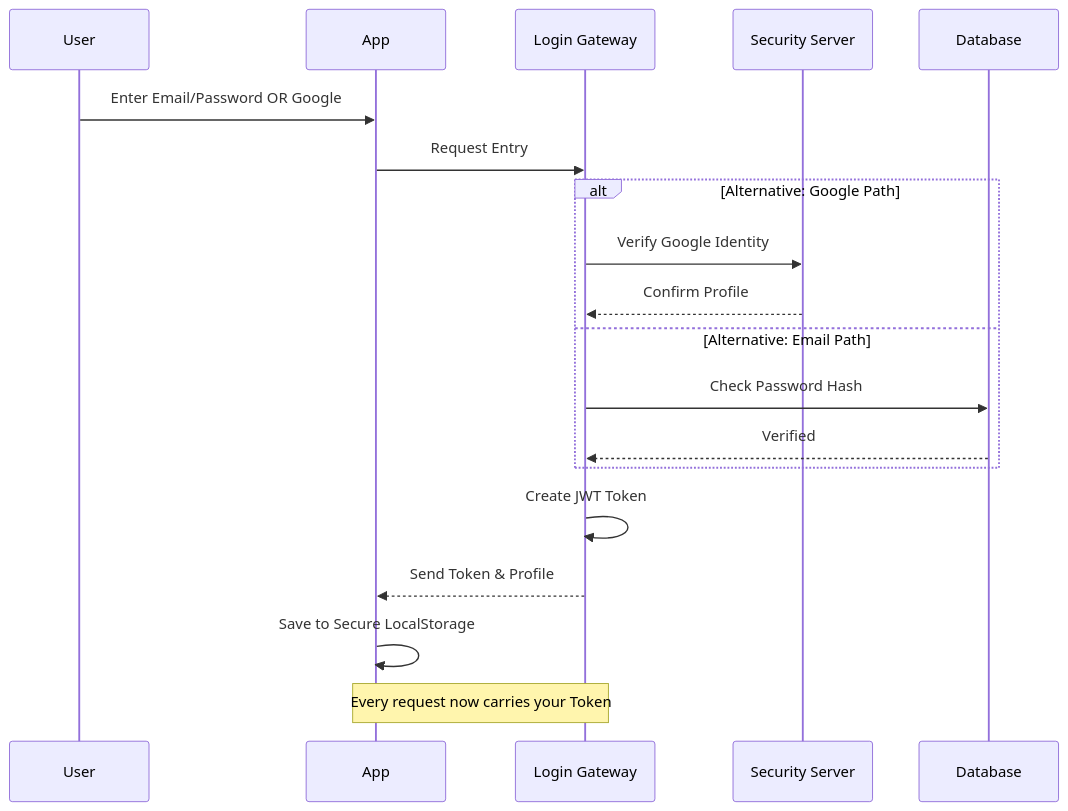
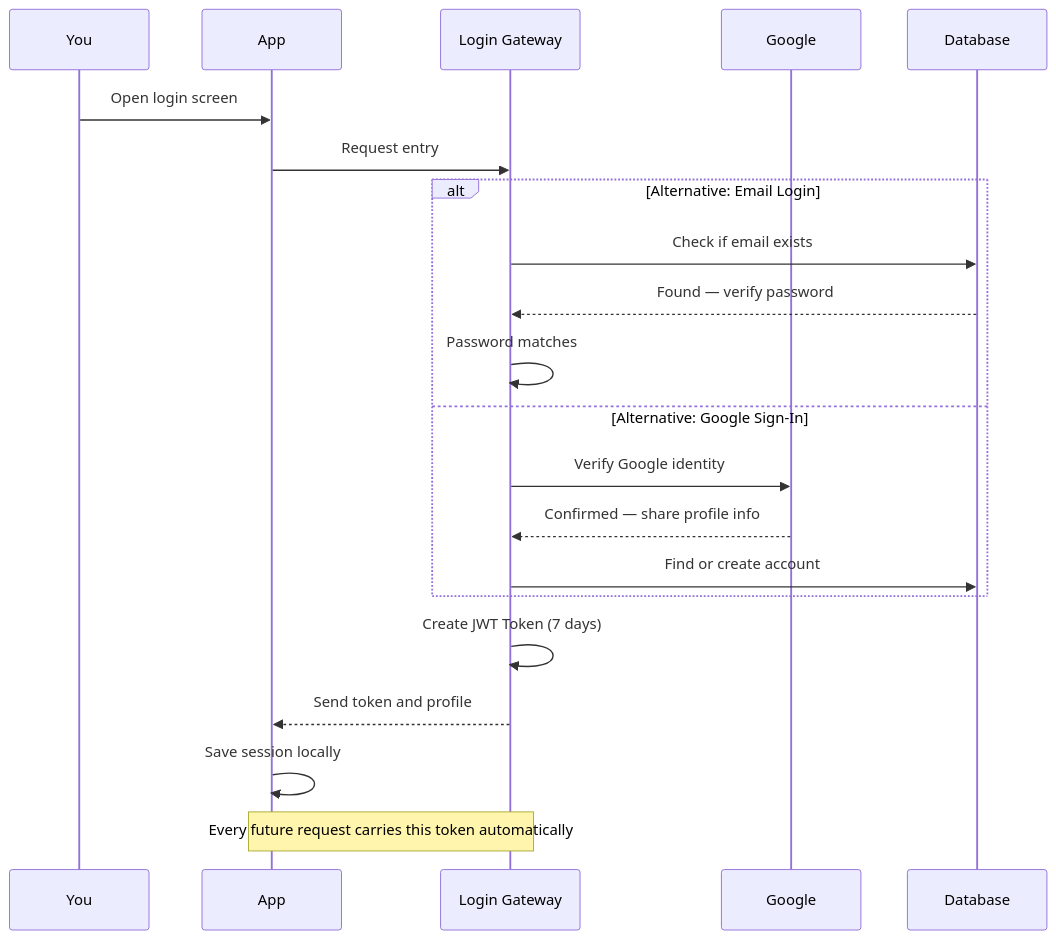
Before and after one commit to Akash-Veerla/Demographic: the third of 14 diagrams in docs/DIAGRAMS.md, drawn with Mermaid. The commit also changed other lines of this file and 2 other files, not shown here.

Commit message:
Update README.md & DIAGRAMS.md

````diff
--- a/docs/DIAGRAMS.md
+++ b/docs/DIAGRAMS.md
@@ -106,22 +111,26 @@
 ```mermaid
 sequenceDiagram
-    participant U as User
-    participant A as App
-    participant L as Login Gateway
-    participant S as Security Server
-    participant D as Database
+    participant You
+    participant App
+    participant LoginGateway as Login Gateway
+    participant GoogleService as Google
+    participant Database
 
-    U->>A: Enter Email/Password OR Google
-    A->>L: Request Entry
-    alt Alternative: Google Path
-        L->>S: Verify Google Identity
-        S-->>L: Confirm Profile
-    else Alternative: Email Path
-        L->>D: Check Password Hash
-        D-->>L: Verified
+    You->>App: Open login screen
+    App->>LoginGateway: Request entry
+
+    alt Alternative: Email Login
+        LoginGateway->>Database: Check if email exists
+        Database-->>LoginGateway: Found — verify password
+        LoginGateway->>LoginGateway: Password matches
+    else Alternative: Google Sign-In
+        LoginGateway->>GoogleService: Verify Google identity
+        GoogleService-->>LoginGateway: Confirmed — share profile info
+        LoginGateway->>Database: Find or create account
     end
-    L->>L: Create JWT Token
-    L-->>A: Send Token & Profile
-    A->>A: Save to Secure LocalStorage
-    Note over A, L: Every request now carries your Token
+
+    LoginGateway->>LoginGateway: Create JWT Token (7 days)
+    LoginGateway-->>App: Send token and profile
+    App->>App: Save session locally
+    Note over App, LoginGateway: Every future request carries this token automatically
 ```
````
